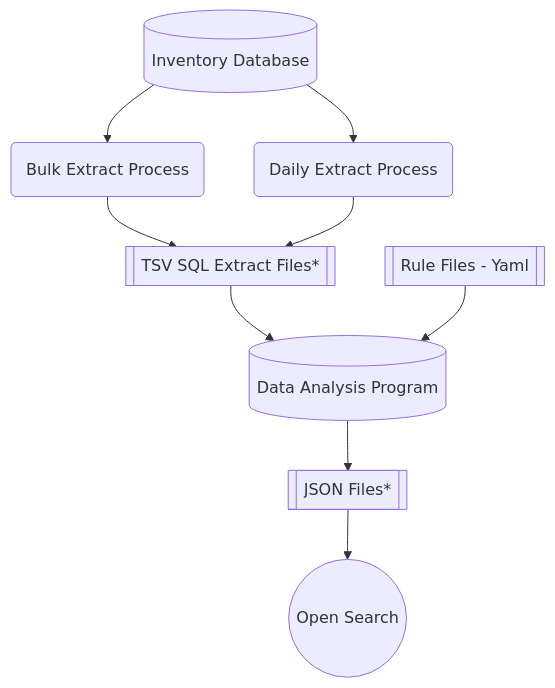
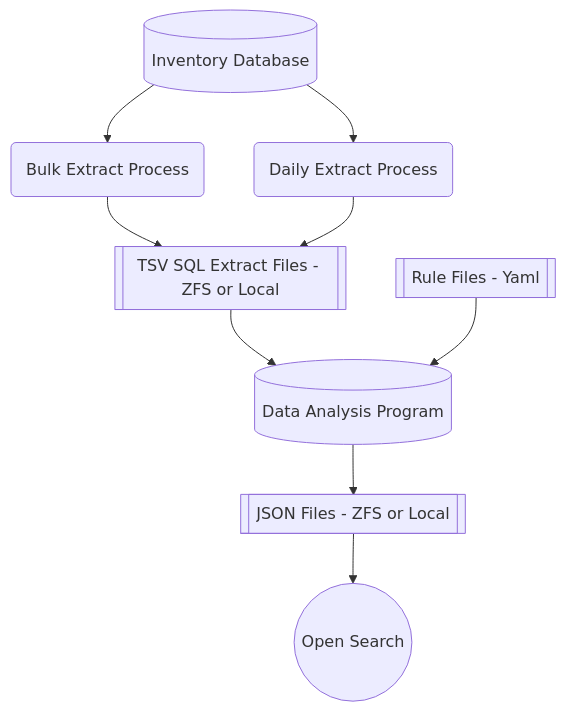
The diagram in coll-health/README.md (CDLUC3/mrt-cron), drawn with Mermaid before and after one commit. The commit also changed other lines of this file, not shown here.

````diff
--- a/coll-health/README.md
+++ b/coll-health/README.md
@@ -5,19 +5,19 @@
 ```mermaid
   graph TD;
       INV_DB[(Inventory Database)]
       INV_DB-->Bulk_Extract;
       INV_DB-->Daily_Extract;
-      TSV_Files[[TSV SQL Extract Files*]]
-      JSON_Files[[JSON Files*]]
+      TSV_Files[[TSV SQL Extract Files - ZFS or Local]]
+      JSON_Files[[JSON Files - ZFS or Local]]
       Bulk_Extract(Bulk Extract Process);
       Bulk_Extract-->TSV_Files;
       Daily_Extract(Daily Extract Process);
       Daily_Extract-->TSV_Files;
       TSV_Files-->Analysis_Prog;
       Analysis_Prog[(Data Analysis Program)]
       Analysis_Prog-->JSON_Files;
       RuleFile[[Rule Files - Yaml]]
       RuleFile-->Analysis_Prog
       OpenSearch((Open Search))
       JSON_Files-->OpenSearch;
 ```
````
